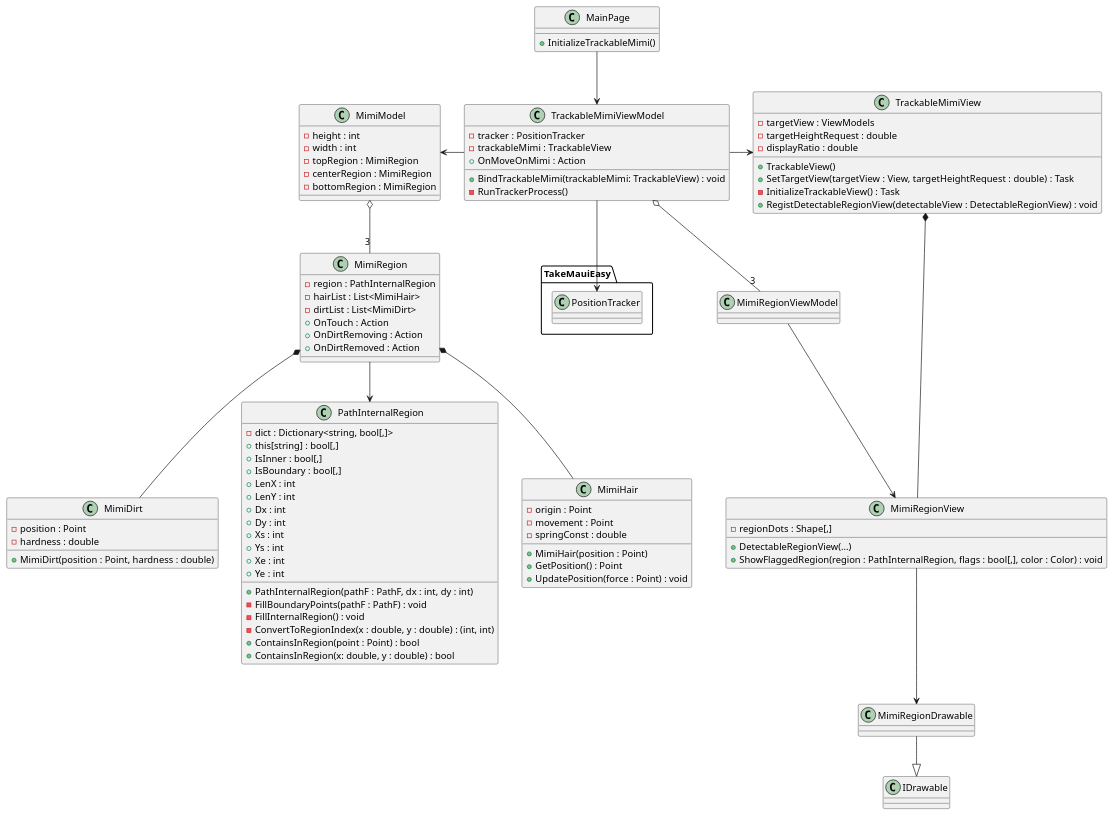
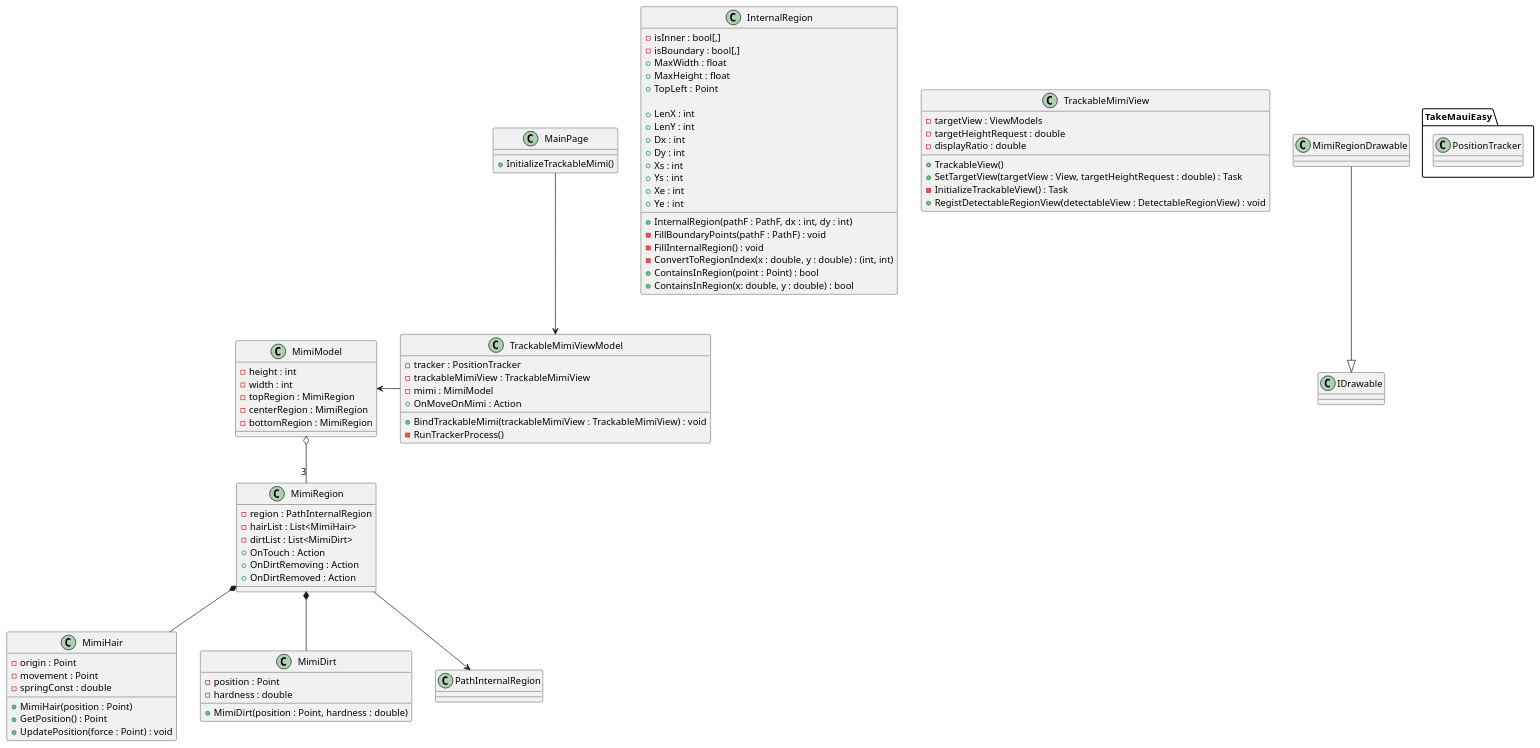
The diagram in uml/MimikakiApp.puml (tatsuya19871219/MauiMimikakiApp), drawn with PlantUML before and after one commit. The commit also changed 16 other files, not shown here.

```diff
--- a/uml/MimikakiApp.puml
+++ b/uml/MimikakiApp.puml
@@ -1,130 +1,137 @@
 @startuml MimikakiClassDiagram
 ' Models
 class MimiModel
 {
     - height : int
     - width : int
     - topRegion : MimiRegion
     - centerRegion : MimiRegion
     - bottomRegion : MimiRegion
 }
 
 class MimiRegion
 {
     - region : PathInternalRegion
     - hairList : List<MimiHair>
     - dirtList : List<MimiDirt>
     + OnTouch : Action
     + OnDirtRemoving : Action
     + OnDirtRemoved : Action
 }
 
 class MimiHair
 {
     - origin : Point
     - movement : Point
     - springConst : double
     + MimiHair(position : Point)
     + GetPosition() : Point
     + UpdatePosition(force : Point) : void
 }
 
 class MimiDirt
 {
     - position : Point
     - hardness : double
     + MimiDirt(position : Point, hardness : double)
 }
 
-class PathInternalRegion
+class InternalRegion
 {
-    - dict : Dictionary<string, bool[,]>
-    + this[string] : bool[,]
-    + IsInner : bool[,]
-    + IsBoundary : bool[,]
+    '- dict : Dictionary<string, bool[,]>
+    '+ this[string] : bool[,]
+    - isInner : bool[,]
+    - isBoundary : bool[,]
+    + MaxWidth : float
+    + MaxHeight : float
+    + TopLeft : Point
+    
     + LenX : int
     + LenY : int
     + Dx : int
     + Dy : int
     + Xs : int
     + Ys : int
     + Xe : int
     + Ye : int
-    + PathInternalRegion(pathF : PathF, dx : int, dy : int)
+    + InternalRegion(pathF : PathF, dx : int, dy : int)
     - FillBoundaryPoints(pathF : PathF) : void
     - FillInternalRegion() : void
     - ConvertToRegionIndex(x : double, y : double) : (int, int)
     + ContainsInRegion(point : Point) : bool
     + ContainsInRegion(x: double, y : double) : bool
 }
 
 ' Views
 class TrackableMimiView
 {
     - targetView : ViewModels
     - targetHeightRequest : double
     - displayRatio : double
     + TrackableView()
     + SetTargetView(targetView : View, targetHeightRequest : double) : Task
     - InitializeTrackableView() : Task
     + RegistDetectableRegionView(detectableView : DetectableRegionView) : void
 }
 
-class MimiRegionView
-{
-    - regionDots : Shape[,]
-    + DetectableRegionView(...)
-    + ShowFlaggedRegion(region : PathInternalRegion, flags : bool[,], color : Color) : void
-}
+' class MimiRegionView
+' {
+'     - regionDots : Shape[,]
+'     + DetectableRegionView(...)
+'     + ShowFlaggedRegion(region : PathInternalRegion, flags : bool[,], color : Color) : void
+' }
 
 ' ViewModels
 class TrackableMimiViewModel
 {
     - tracker : PositionTracker
-    - trackableMimi : TrackableView
+    - trackableMimiView : TrackableMimiView
+    - mimi : MimiModel
     + OnMoveOnMimi : Action
-    + BindTrackableMimi(trackableMimi: TrackableView) : void
+    + BindTrackableMimi(trackableMimiView : TrackableMimiView) : void
     - RunTrackerProcess()
 }
 
-class MimiRegionViewModel
-{
-
-}
+' class MimiRegionViewModel
+' {
+'     - regionView : MimiRegionView
+'     - region : MimiRegion
+'     + MimiRegionViewModel(geometry : Geometry)
+' }
 
 ' Drawable
 class MimiRegionDrawable
 {
 
 }
 
 ' Page
 class MainPage
 {
     + InitializeTrackableMimi()
 }
 
 ' Library
 package TakeMauiEasy
 {
     class PositionTracker
 }
 
 ' 
 MimiModel o-- "3" MimiRegion
 MimiRegion --> PathInternalRegion
 MimiRegion *-- MimiHair
 MimiRegion *-- MimiDirt
-TrackableMimiView *-- MimiRegionView
-TrackableMimiViewModel -right-> TrackableMimiView
+'TrackableMimiView *-- MimiRegionView
+'TrackableMimiViewModel -right-> TrackableMimiView
 TrackableMimiViewModel -left-> MimiModel
 MainPage --> TrackableMimiViewModel
 
-TrackableMimiViewModel --> PositionTracker
+'TrackableMimiViewModel --> PositionTracker
 
-TrackableMimiViewModel o-- "3" MimiRegionViewModel
-MimiRegionViewModel --> MimiRegionView
-MimiRegionView --> MimiRegionDrawable
+'TrackableMimiViewModel o-- "3" MimiRegionViewModel
+'MimiRegionViewModel --> MimiRegionView
+'MimiRegionView --> MimiRegionDrawable
 MimiRegionDrawable --|> IDrawable
 
 @enduml
```
